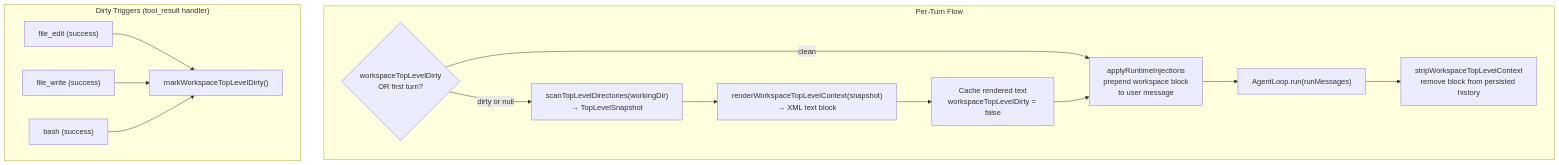
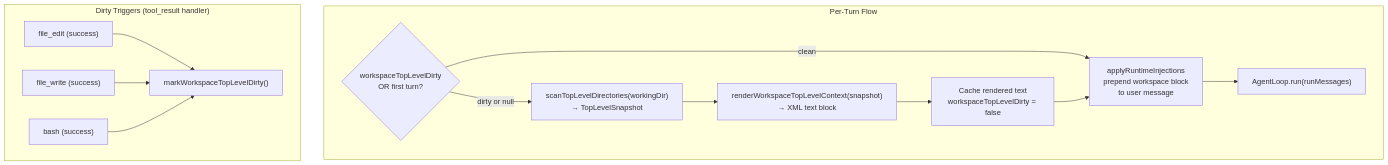
One commit to vellum-ai/vellum-assistant changed the sixth of 8 diagrams in assistant/docs/architecture/memory.md. Above: the diagram before and after it, drawn with Mermaid. The commit also changed other lines of this file and 1 other file, not shown here.

Commit message:
docs: update architecture docs for unified turn_context and persistent workspace

````diff
--- a/assistant/docs/architecture/memory.md
+++ b/assistant/docs/architecture/memory.md
@@ -510,31 +510,29 @@
 ```mermaid
 graph TB
     subgraph "Per-Turn Flow"
         CHECK{"workspaceTopLevelDirty<br/>OR first turn?"}
         SCAN["scanTopLevelDirectories(workingDir)<br/>→ TopLevelSnapshot"]
         RENDER["renderWorkspaceTopLevelContext(snapshot)<br/>→ XML text block"]
         CACHE["Cache rendered text<br/>workspaceTopLevelDirty = false"]
         INJECT["applyRuntimeInjections<br/>prepend workspace block<br/>to user message"]
         AGENT["AgentLoop.run(runMessages)"]
-        STRIP["stripWorkspaceTopLevelContext<br/>remove block from persisted history"]
     end
 
     subgraph "Dirty Triggers (tool_result handler)"
         FILE_EDIT["file_edit (success)"]
         FILE_WRITE["file_write (success)"]
         BASH["bash (success)"]
         DIRTY["markWorkspaceTopLevelDirty()"]
     end
 
     CHECK -->|dirty or null| SCAN
     CHECK -->|clean| INJECT
     SCAN --> RENDER
     RENDER --> CACHE
     CACHE --> INJECT
     INJECT --> AGENT
-    AGENT --> STRIP
 
     FILE_EDIT --> DIRTY
     FILE_WRITE --> DIRTY
     BASH --> DIRTY
 ```
````
